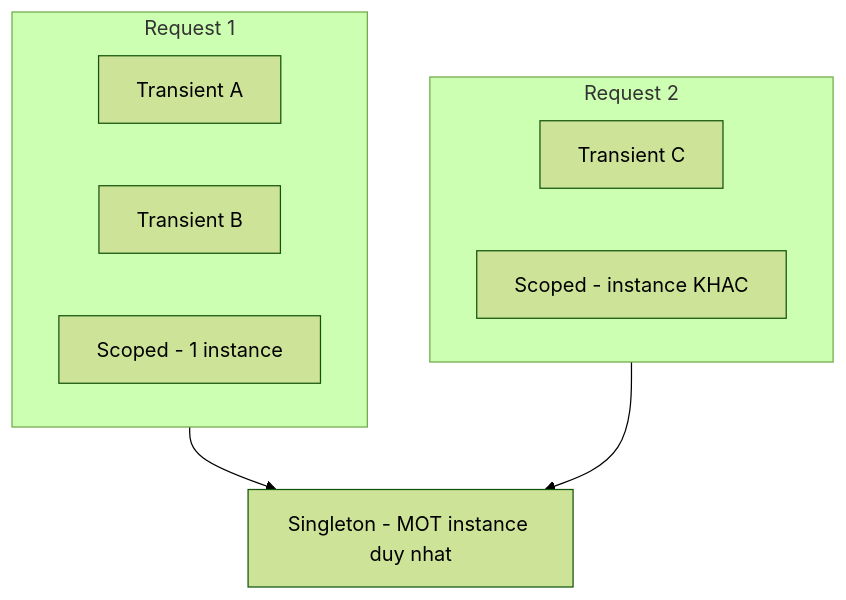
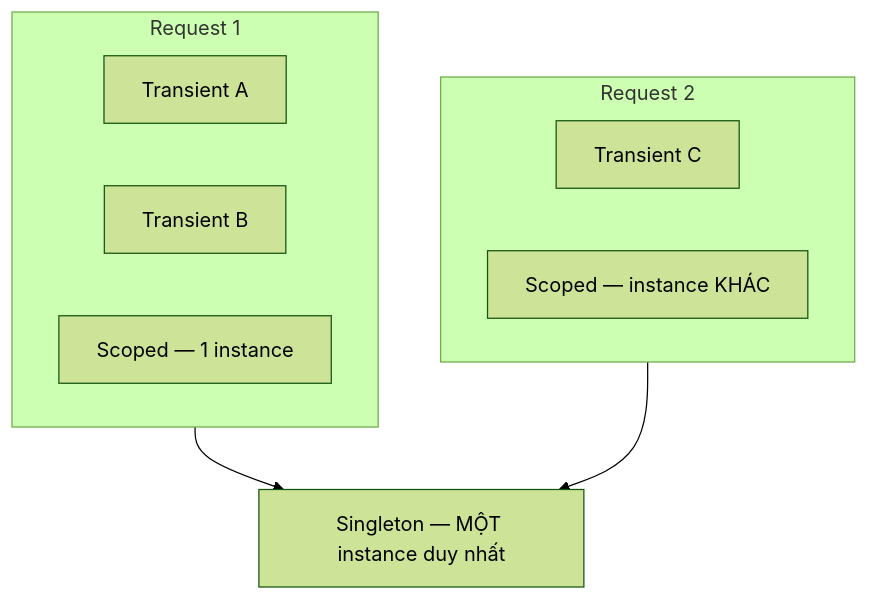
The diagram in docs/09-dotnet-backend-zero-to-senior/stage-02-csharp-professional/module-07-dependency-injection/7.4-service-lifetimes.mdx (TienNHM/tiennhm.github.io), drawn with Mermaid (forest theme) before and after one commit. The commit also changed other lines of this file and 11 other files, not shown here.

````diff
--- a/docs/09-dotnet-backend-zero-to-senior/stage-02-csharp-professional/module-07-dependency-injection/7.4-service-lifetimes.mdx
+++ b/docs/09-dotnet-backend-zero-to-senior/stage-02-csharp-professional/module-07-dependency-injection/7.4-service-lifetimes.mdx
@@ -35,14 +35,14 @@
 ```mermaid
 flowchart TB
     subgraph R1["Request 1"]
         T1[Transient A] & T2[Transient B]
-        S1[Scoped - 1 instance]
+        S1[Scoped — 1 instance]
     end
     subgraph R2["Request 2"]
         T3[Transient C]
-        S2[Scoped - instance KHAC]
+        S2[Scoped — instance KHÁC]
     end
-    G[Singleton - MOT instance duy nhat]
+    G[Singleton — MỘT instance duy nhất]
     R1 --> G
     R2 --> G
 ```
````
